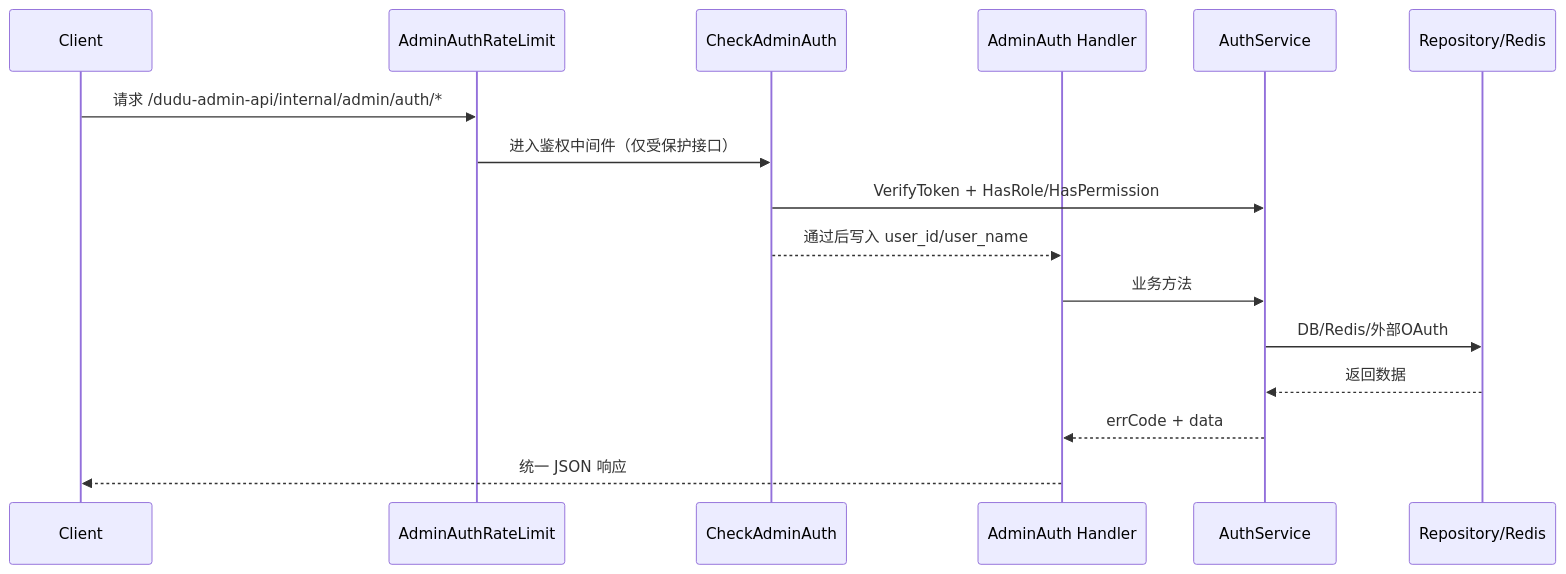
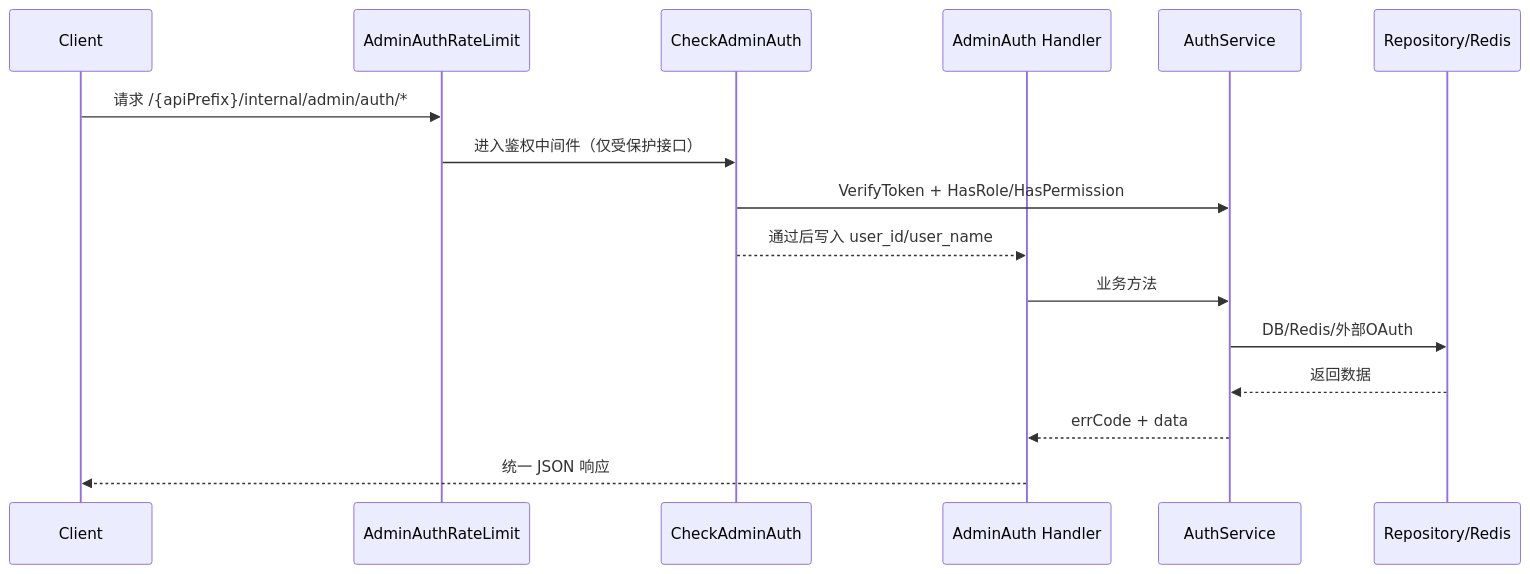
One commit to seakee/dudu-admin-api changed the diagram in docs/Admin-Auth-zh.md. Above: the diagram before and after it, drawn with Mermaid. The commit also changed other lines of this file and 11 other files, not shown here.

````diff
--- a/docs/Admin-Auth-zh.md
+++ b/docs/Admin-Auth-zh.md
@@ -66,19 +68,19 @@
 ```mermaid
 sequenceDiagram
   participant C as Client
   participant RL as AdminAuthRateLimit
   participant MA as CheckAdminAuth
   participant H as AdminAuth Handler
   participant S as AuthService
   participant R as Repository/Redis
 
-  C->>RL: 请求 /dudu-admin-api/internal/admin/auth/*
+  C->>RL: 请求 /{apiPrefix}/internal/admin/auth/*
   RL->>MA: 进入鉴权中间件（仅受保护接口）
   MA->>S: VerifyToken + HasRole/HasPermission
   MA-->>H: 通过后写入 user_id/user_name
   H->>S: 业务方法
   S->>R: DB/Redis/外部OAuth
   R-->>S: 返回数据
   S-->>H: errCode + data
   H-->>C: 统一 JSON 响应
 ```
````
